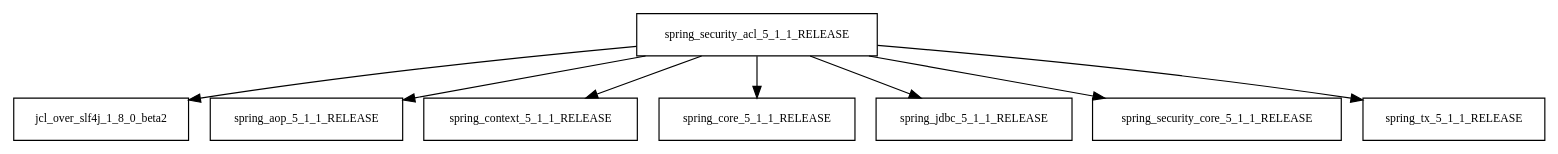
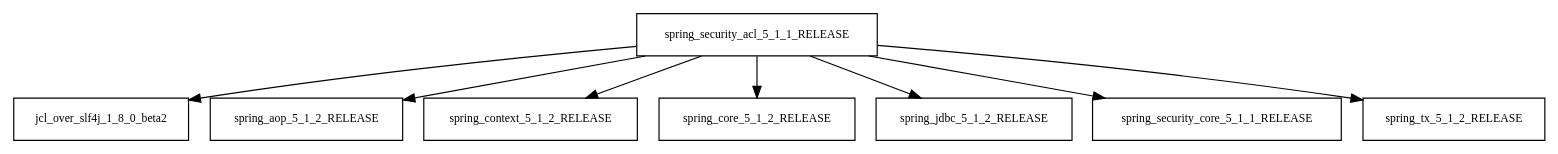
Before and after one commit to Hack23/cia: the diagram in tattleTaleReport/graphviz/spring-security-acl-5.1.1.RELEASE.jar/spring-security-acl-5.1.1.RELEASE.jar.dot, drawn with Graphviz. The commit also changed 4165 other files, not shown here.

```diff
--- a/tattleTaleReport/graphviz/spring-security-acl-5.1.1.RELEASE.jar/spring-security-acl-5.1.1.RELEASE.jar.dot
+++ b/tattleTaleReport/graphviz/spring-security-acl-5.1.1.RELEASE.jar/spring-security-acl-5.1.1.RELEASE.jar.dot
@@ -1,10 +1,10 @@
 digraph spring_security_acl_5_1_1_RELEASE_dependencies {
   node [shape = box, fontsize=10.0];
   spring_security_acl_5_1_1_RELEASE -> jcl_over_slf4j_1_8_0_beta2;
-  spring_security_acl_5_1_1_RELEASE -> spring_aop_5_1_1_RELEASE;
-  spring_security_acl_5_1_1_RELEASE -> spring_context_5_1_1_RELEASE;
-  spring_security_acl_5_1_1_RELEASE -> spring_core_5_1_1_RELEASE;
-  spring_security_acl_5_1_1_RELEASE -> spring_jdbc_5_1_1_RELEASE;
+  spring_security_acl_5_1_1_RELEASE -> spring_aop_5_1_2_RELEASE;
+  spring_security_acl_5_1_1_RELEASE -> spring_context_5_1_2_RELEASE;
+  spring_security_acl_5_1_1_RELEASE -> spring_core_5_1_2_RELEASE;
+  spring_security_acl_5_1_1_RELEASE -> spring_jdbc_5_1_2_RELEASE;
   spring_security_acl_5_1_1_RELEASE -> spring_security_core_5_1_1_RELEASE;
-  spring_security_acl_5_1_1_RELEASE -> spring_tx_5_1_1_RELEASE;
+  spring_security_acl_5_1_1_RELEASE -> spring_tx_5_1_2_RELEASE;
 }
```
